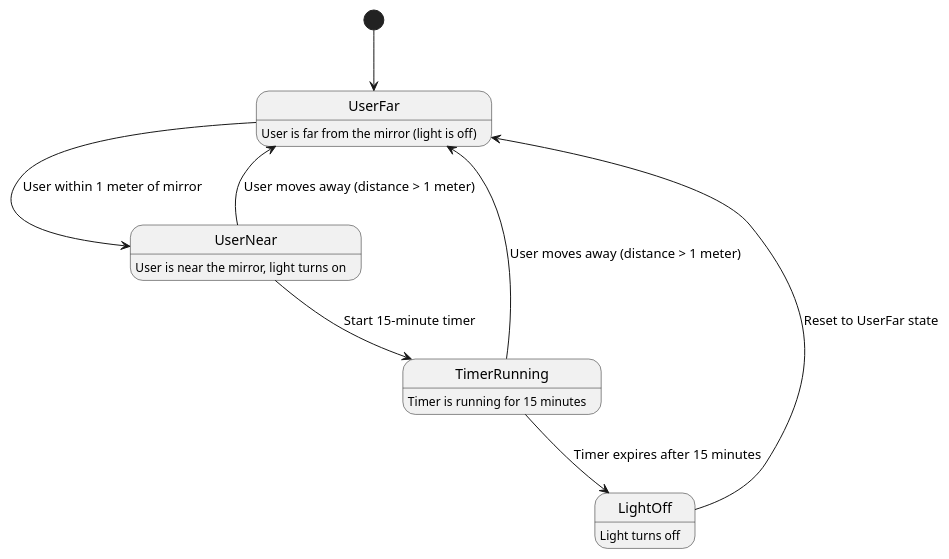
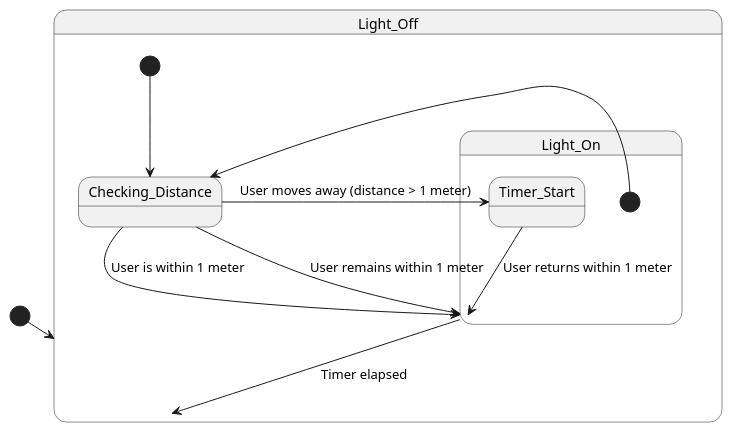
One commit to xinhailing/Individual_Sequence_Diagram_Yaya changed the diagram in src/chapter_1.md. Above: the diagram before and after it, drawn with PlantUML. The commit also changed other lines of this file and 1 other file, not shown here.

Commit message:
Recreate the newest version of state diagram for new task one: LightControl

````diff
--- a/src/chapter_1.md
+++ b/src/chapter_1.md
@@ -2,21 +2,21 @@
 ```plantuml
 @startuml
-[*] --> UserFar
+[*] --> Light_Off
 
-UserFar: User is far from the mirror (light is off)
-UserFar --> UserNear : User within 1 meter of mirror
+state Light_Off {
+    [*] --> Checking_Distance
+    Checking_Distance --> Light_On : User is within 1 meter
+}
 
-UserNear: User is near the mirror, light turns on
-UserNear --> TimerRunning : Start 15-minute timer
-UserNear --> UserFar : User moves away (distance > 1 meter)
+state Light_On {
+    [*] --> Checking_Distance
+    Checking_Distance --> Light_On : User remains within 1 meter
+    Checking_Distance --> Timer_Start : User moves away (distance > 1 meter)
+}
 
-TimerRunning: Timer is running for 15 minutes
-TimerRunning --> LightOff : Timer expires after 15 minutes
-TimerRunning --> UserFar : User moves away (distance > 1 meter)
-
-LightOff: Light turns off
-LightOff --> UserFar : Reset to UserFar state
-
+Light_On --> Light_Off : Timer elapsed
+Timer_Start --> Light_On : User returns within 1 meter
 @enduml
 
+
 ```
````
